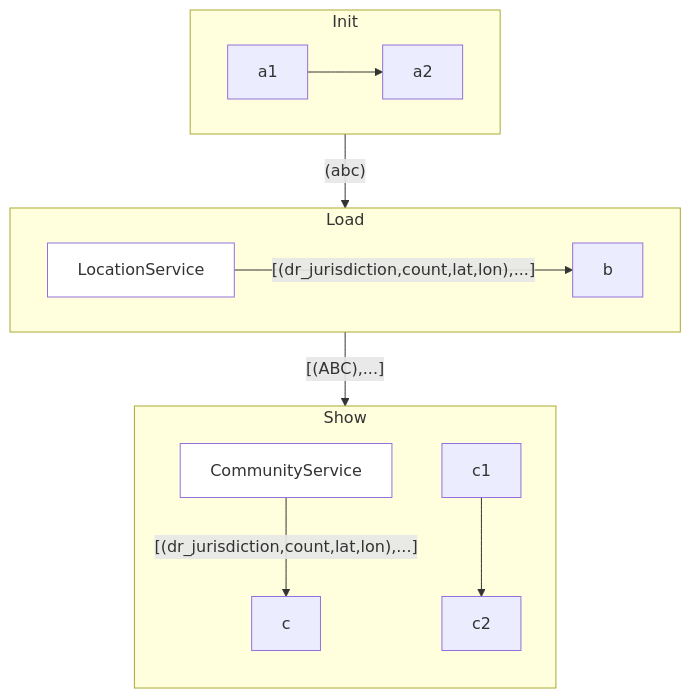
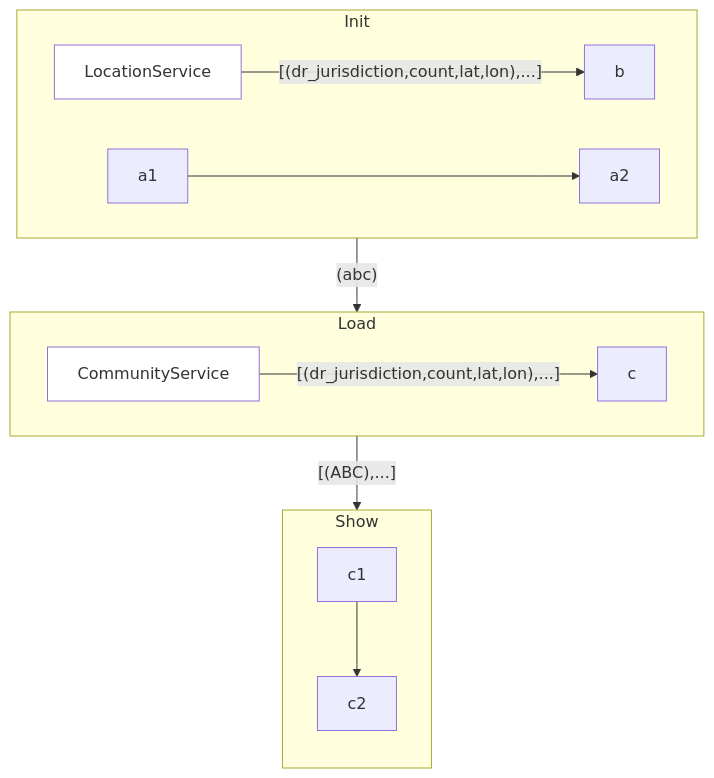
One commit to Wilfongjt/lb-A changed the first of 3 diagrams in README.md. Above: the diagram before and after it, drawn with Mermaid.

````diff
--- a/README.md
+++ b/README.md
@@ -6,28 +6,28 @@
 ```mermaid
 flowchart TB
     classDef service fill:#fff;
     CommunityService:::service
     LocationService:::service
     
     subgraph Init
       direction LR
+      LocationService --> |"[(dr_jurisdiction,count,lat,lon),...]"| b
       a1-->a2
     end
     
     subgraph Load
-      
-      LocationService --> |"[(dr_jurisdiction,count,lat,lon),...]"| b
+      CommunityService --> |"[(dr_jurisdiction,count,lat,lon),...]"| c
+            
     end
     
     subgraph Show
       direction TB
-      CommunityService --> |"[(dr_jurisdiction,count,lat,lon),...]"| c
 
       c1-->c2
     end
     
     Init --> |"(abc)"| Load
     Load --> |"[(ABC),...]"| Show
     
     
 ```
````
